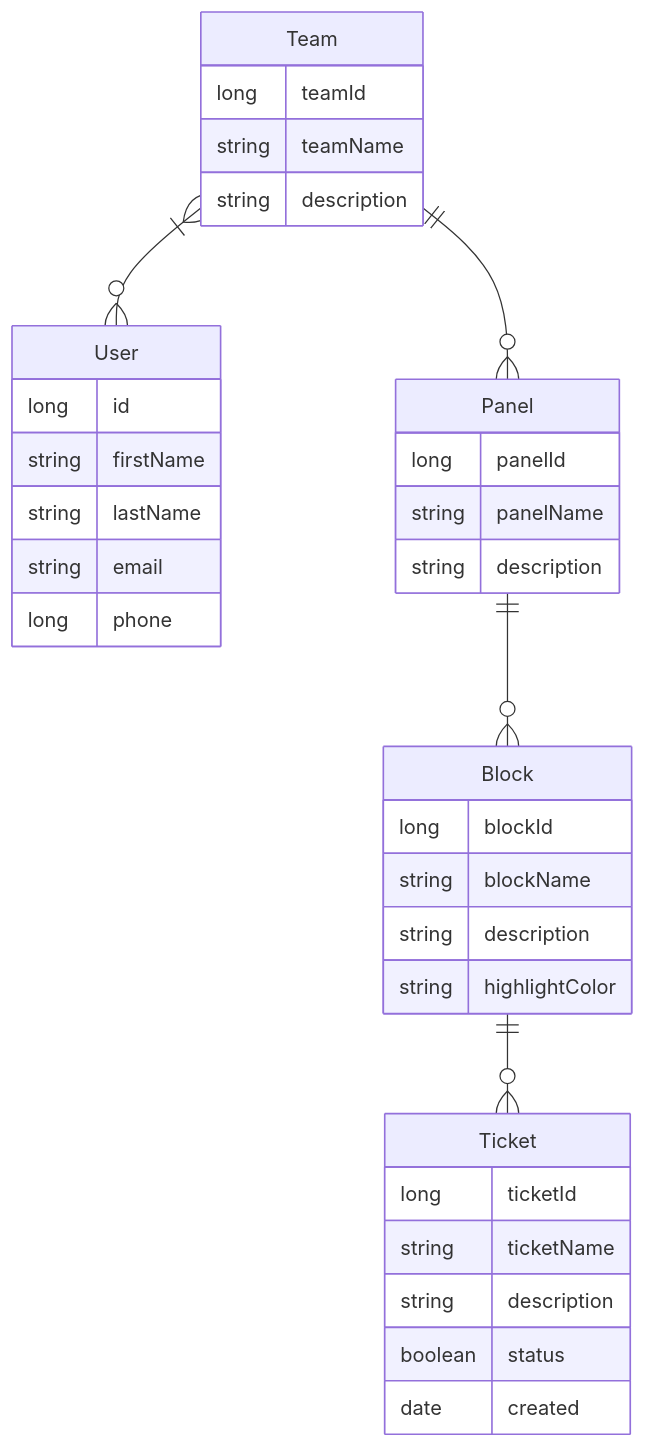
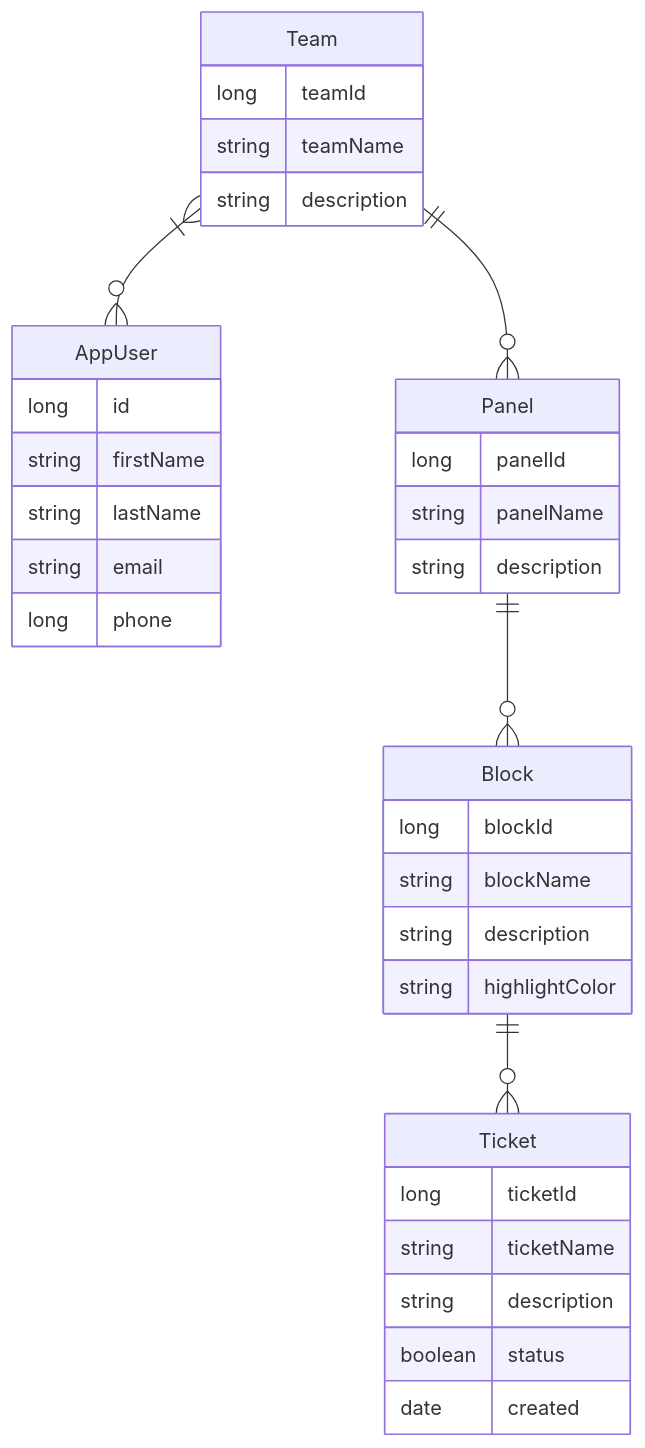
One commit to teamroutine/taskmaster changed the diagram in README.md. Above: the diagram before and after it, drawn with Mermaid.

Commit message:
User -> AppUser README.md

````diff
--- a/README.md
+++ b/README.md
@@ -54,38 +54,38 @@
 ```mermaid
   erDiagram
-    User {
+    AppUser {
       long id
       string firstName
       string lastName
       string email
       long phone
    }
    Panel ||--o{ Block : ""
    Panel{
       long panelId
       string panelName
       string description
    }
    Block ||--o{ Ticket : ""
    Block{
       long blockId
       string blockName
       string description
       string highlightColor
    }
    
    Ticket{
       long ticketId
       string ticketName
       string description
       boolean status
       date created
    }
-    Team }|--o{ User : ""
+    Team }|--o{ AppUser : ""
     Team ||--o{ Panel : ""
    Team{
       long teamId
       string teamName
       string description
    }
 ```
````
